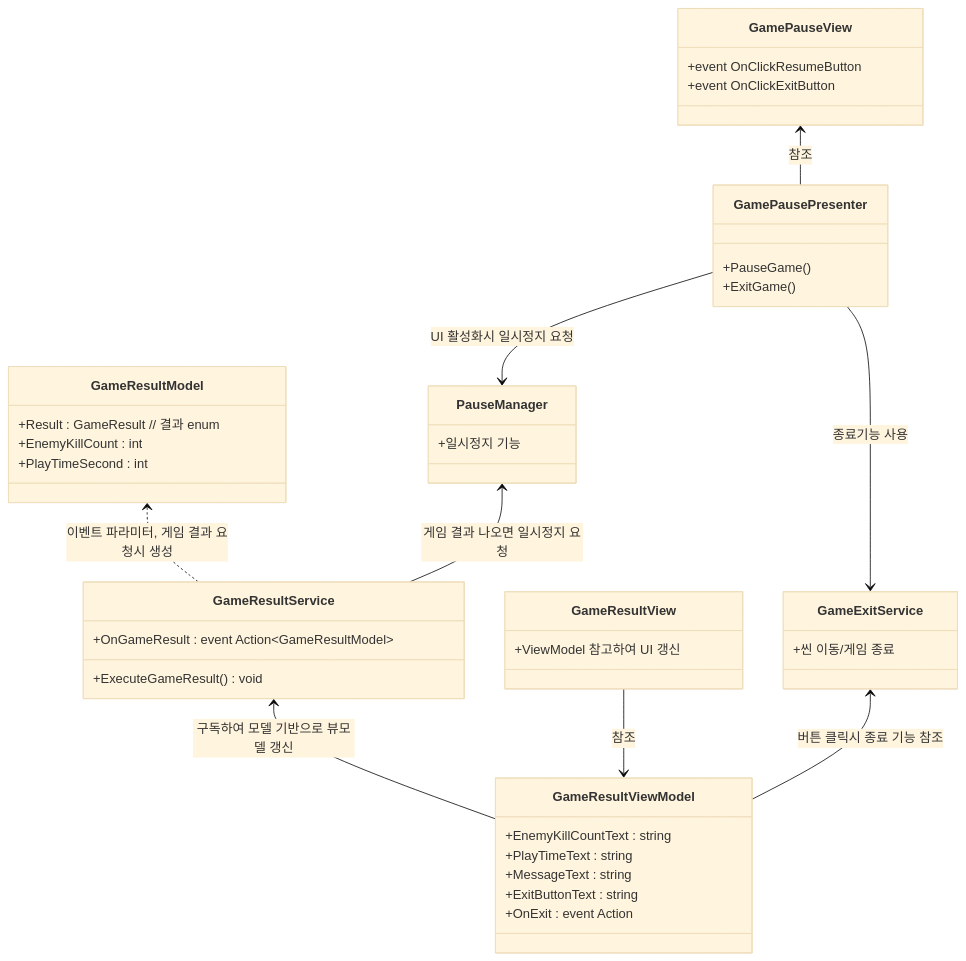
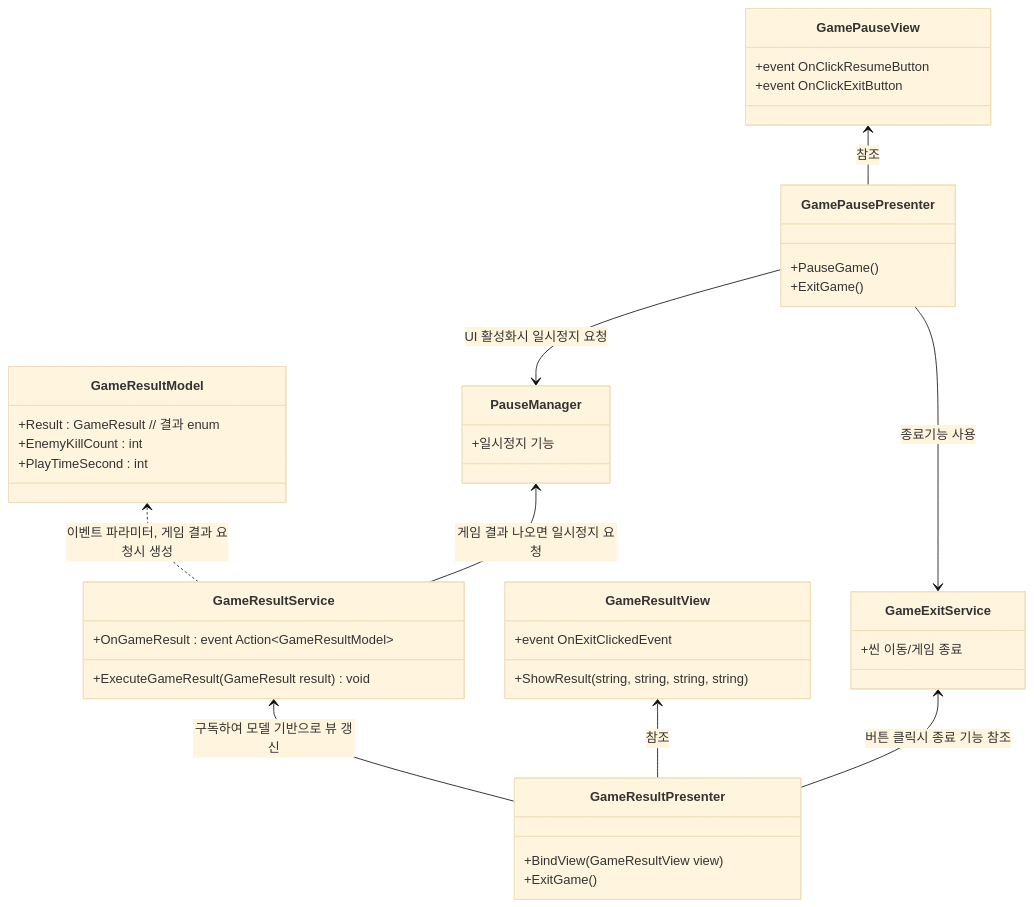
One commit to JIN5EOK/DungeonShooter changed the diagram in README/A.현재 작업문서.md. Above: the diagram before and after it, drawn with Mermaid (base theme). The commit also changed other lines of this file and 6 other files, not shown here.

````diff
--- a/README/A.현재 작업문서.md
+++ b/README/A.현재 작업문서.md
@@ -3,52 +8,50 @@
 ```mermaid
 classDiagram
     class PauseManager {
         +일시정지 기능
     }
 
     class GameExitService {
         +씬 이동/게임 종료
     }
 
     class GamePauseView {
         +event OnClickResumeButton
         +event OnClickExitButton
     }
 
     class GamePausePresenter {
         +PauseGame()
         +ExitGame()
     }
 
     class GameResultView {
-        +ViewModel 참고하여 UI 갱신
+        +event OnExitClickedEvent
+        +ShowResult(string, string, string, string)
     }
 
     class GameResultModel {
         +Result : GameResult // 결과 enum
         +EnemyKillCount : int
         +PlayTimeSecond : int
     }
 
-    class GameResultViewModel {
-        +EnemyKillCountText : string
-        +PlayTimeText : string
-        +MessageText : string
-        +ExitButtonText : string
-        +OnExit : event Action
+    class GameResultPresenter {
+        +BindView(GameResultView view)
+        +ExitGame()
     }
     
     class GameResultService{
         +OnGameResult : event Action~GameResultModel~
-        +ExecuteGameResult() void
+        +ExecuteGameResult(GameResult result) void
     }
     
     GamePauseView <-- GamePausePresenter : 참조
     GamePausePresenter --> PauseManager : UI 활성화시 일시정지 요청
     GamePausePresenter --> GameExitService : 종료기능 사용
-    GameResultService <-- GameResultViewModel : 구독하여 모델 기반으로 뷰모델 갱신
+    GameResultService <-- GameResultPresenter : 구독하여 모델 기반으로 뷰 갱신
     GameResultModel <.. GameResultService : 이벤트 파라미터, 게임 결과 요청시 생성
     PauseManager <-- GameResultService : 게임 결과 나오면 일시정지 요청
-    GameResultView --> GameResultViewModel : 참조
-    GameExitService <-- GameResultViewModel : 버튼 클릭시 종료 기능 참조
+    GameResultView <-- GameResultPresenter : 참조
+    GameExitService <-- GameResultPresenter : 버튼 클릭시 종료 기능 참조
 ```
````
